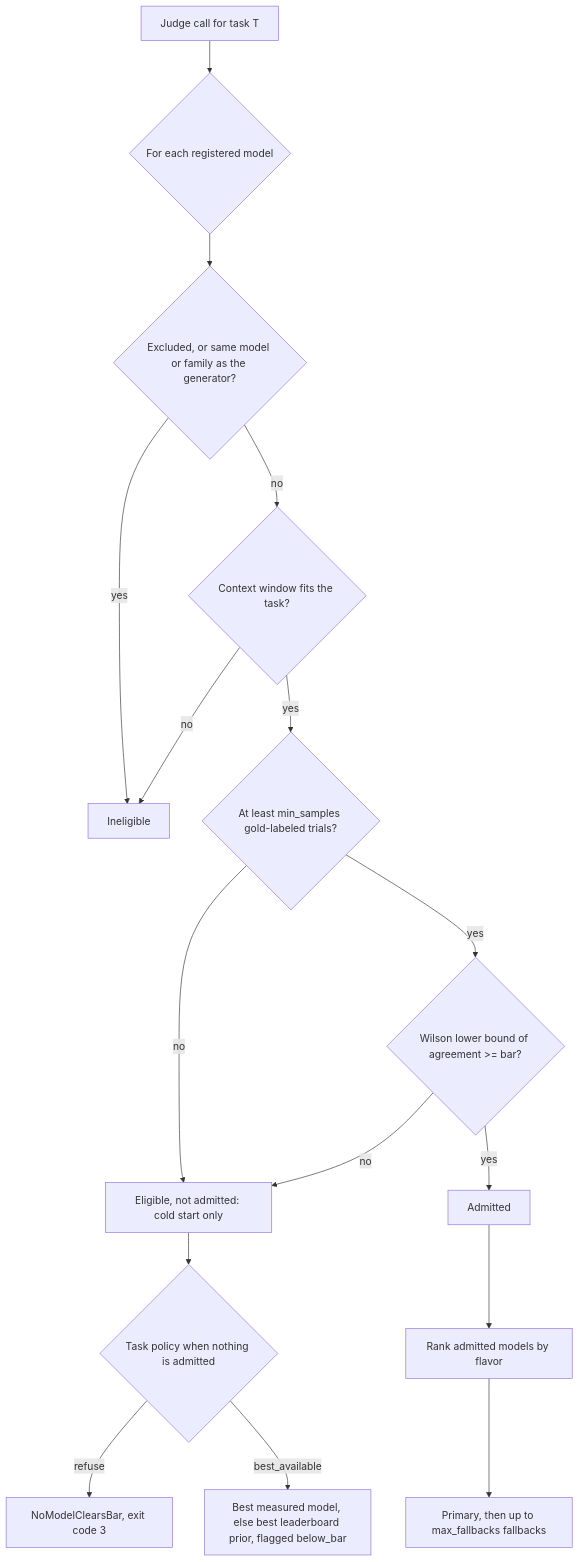
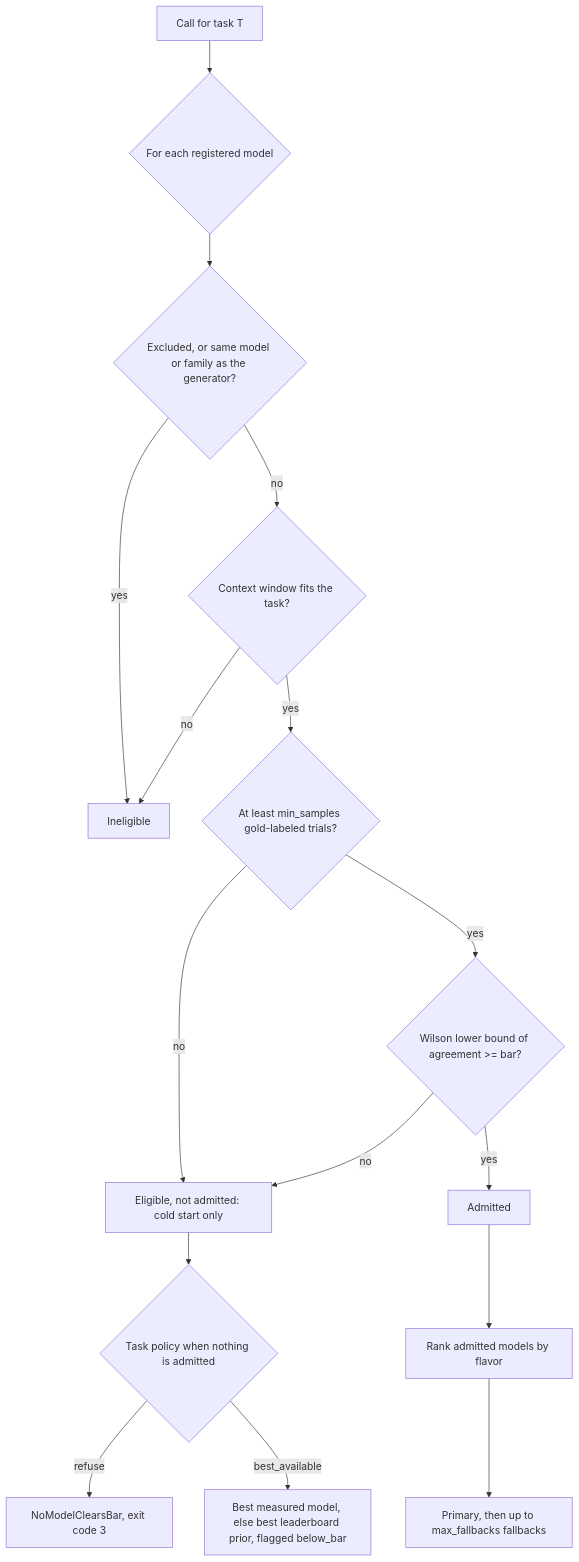
Before and after one commit to jeffma8888/ai-model-routing: the diagram in README.md, drawn with Mermaid. The commit also changed other lines of this file and 3 other files, not shown here.

Commit message:
feat: generic task framing, any repeated kind of model call with an acceptance check; three non-judge example tasks (265 tests pass)

````diff
--- a/README.md
+++ b/README.md
@@ -31,18 +37,18 @@
 ```mermaid
 flowchart TD
-    A[Judge call for task T] --> B{For each registered model}
+    A[Call for task T] --> B{For each registered model}
     B --> C{Excluded, or same model or family as the generator?}
     C -- yes --> X[Ineligible]
     C -- no --> D{Context window fits the task?}
     D -- no --> X
     D -- yes --> E{At least min_samples gold-labeled trials?}
     E -- no --> P[Eligible, not admitted: cold start only]
     E -- yes --> F{"Wilson lower bound of agreement >= bar?"}
     F -- no --> P
     F -- yes --> G[Admitted]
     G --> H[Rank admitted models by flavor]
     H --> I["Primary, then up to max_fallbacks fallbacks"]
     P --> J{Task policy when nothing is admitted}
     J -- refuse --> K[NoModelClearsBar, exit code 3]
     J -- best_available --> L[Best measured model, else best leaderboard prior, flagged below_bar]
 ```
````
